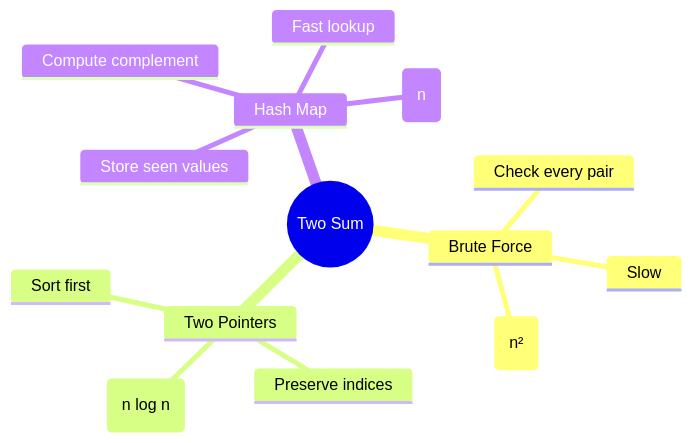
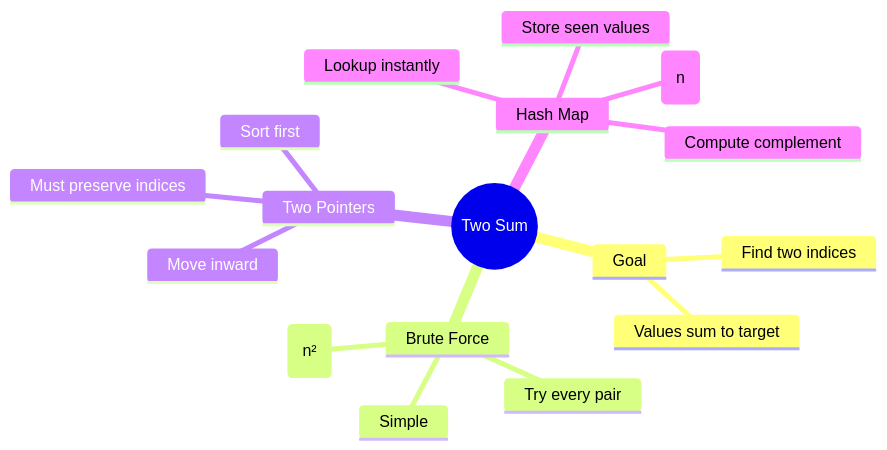
Before and after one commit to M-F-Tushar/LeetCode-Problem-Solving: the ninth of 9 diagrams in 01 - Two Sum/README.md, drawn with Mermaid. The commit also changed other lines of this file, not shown here.

````diff
--- a/01 - Two Sum/README.md
+++ b/01 - Two Sum/README.md
@@ -515,17 +543,20 @@
 ```mermaid
 mindmap
   root((Two Sum))
+    Goal
+      Find two indices
+      Values sum to target
     Brute Force
-      Check every pair
-      Slow
-      O(n²)
+      Try every pair
+      Simple
+      Slow O(n²)
     Two Pointers
       Sort first
-      Preserve indices
-      O(n log n)
+      Move inward
+      Must preserve indices
     Hash Map
       Compute complement
       Store seen values
-      Fast lookup
-      O(n)
+      Lookup instantly
+      Optimal O(n)
 ```
````
